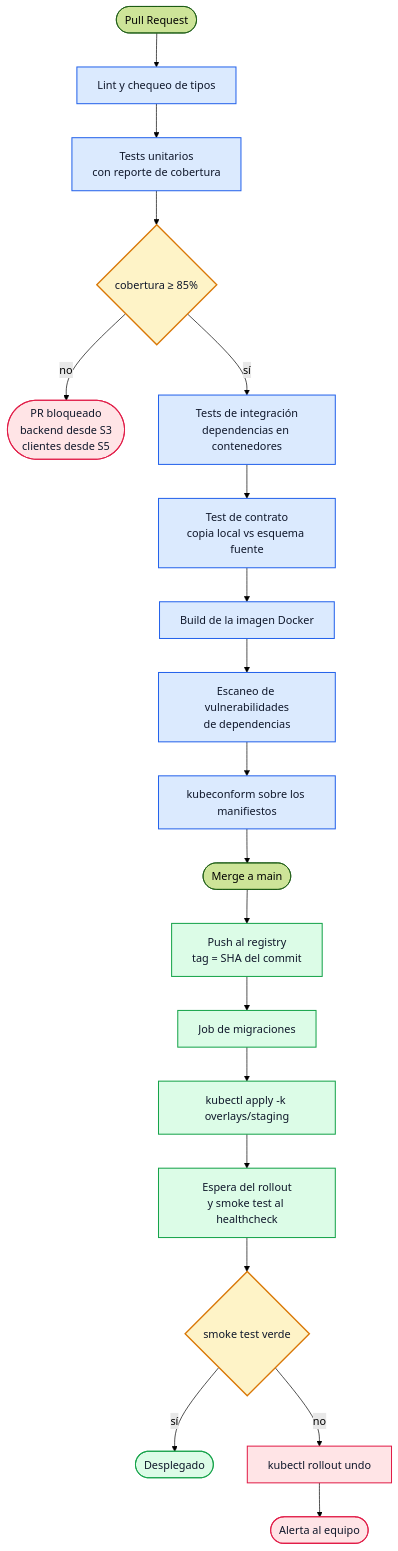
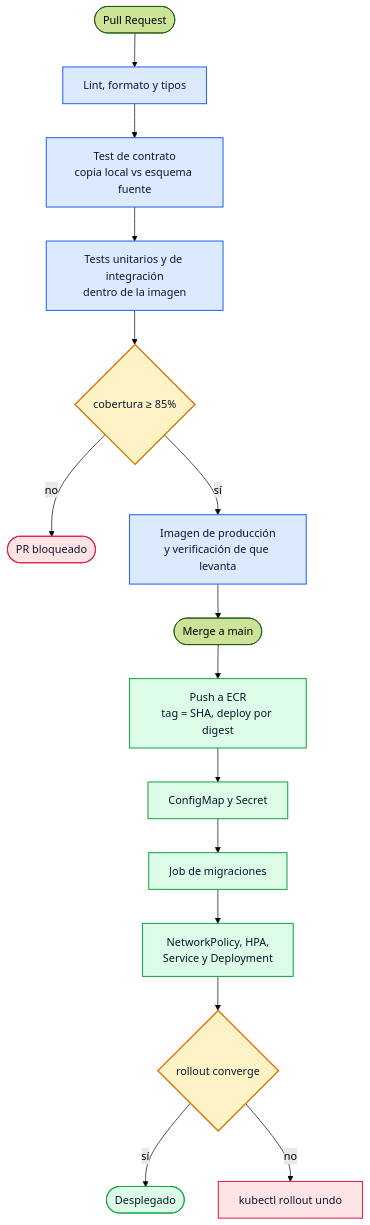
Before and after one commit to tds-g3-2s2026/udesa-x-platform: the fifth of 6 diagrams in docs/ARQUITECTURA.md, drawn with Mermaid (forest theme). The commit also changed other lines of this file and 3 other files, not shown here.

````diff
--- a/docs/ARQUITECTURA.md
+++ b/docs/ARQUITECTURA.md
@@ -824,31 +804,27 @@
 ```mermaid
 flowchart TD
-    PR(["Pull Request"]) --> L["Lint y chequeo de tipos"]
-    L --> UT["Tests unitarios<br/>con reporte de cobertura"]
+    PR(["Pull Request"]) --> L["Lint, formato y tipos"]
+    L --> CT["Test de contrato<br/>copia local vs esquema fuente"]
+    CT --> UT["Tests unitarios y de integración<br/>dentro de la imagen"]
     UT --> GATE{"cobertura ≥ 85%"}
-    GATE -->|no| FAIL(["PR bloqueado<br/>backend desde S3<br/>clientes desde S5"])
-    GATE -->|sí| IT["Tests de integración<br/>dependencias en contenedores"]
-    IT --> CT["Test de contrato<br/>copia local vs esquema fuente"]
-    CT --> IMG["Build de la imagen Docker"]
-    IMG --> SCAN["Escaneo de vulnerabilidades<br/>de dependencias"]
-    SCAN --> KC["kubeconform sobre los manifiestos"]
-    KC --> MERGE(["Merge a main"])
+    GATE -->|no| FAIL(["PR bloqueado"])
+    GATE -->|sí| IMG["Imagen de producción<br/>y verificación de que levanta"]
+    IMG --> MERGE(["Merge a main"])
 
-    MERGE --> PUSH["Push al registry<br/>tag = SHA del commit"]
-    PUSH --> MIG["Job de migraciones"]
-    MIG --> APPLY["kubectl apply -k overlays/staging"]
-    APPLY --> WAIT["Espera del rollout<br/>y smoke test al healthcheck"]
-    WAIT --> SMOKE{"smoke test verde"}
-    SMOKE -->|sí| OK(["Desplegado"])
-    SMOKE -->|no| RB["kubectl rollout undo"]
-    RB --> ALERT(["Alerta al equipo"])
+    MERGE --> PUSH["Push a ECR<br/>tag = SHA, deploy por digest"]
+    PUSH --> CFG["ConfigMap y Secret"]
+    CFG --> MIG["Job de migraciones"]
+    MIG --> APPLY["NetworkPolicy, HPA,<br/>Service y Deployment"]
+    APPLY --> WAIT{"rollout converge"}
+    WAIT -->|sí| OK(["Desplegado"])
+    WAIT -->|no| RB["kubectl rollout undo"]
 
     classDef ci fill:#dbeafe,stroke:#2563eb,stroke-width:1.5px,color:#0f172a
     classDef cd fill:#dcfce7,stroke:#16a34a,stroke-width:1.5px,color:#0f172a
     classDef gate fill:#fef3c7,stroke:#d97706,stroke-width:2px,color:#0f172a
     classDef bad fill:#ffe4e6,stroke:#e11d48,stroke-width:1.5px,color:#0f172a
-    class L,UT,IT,CT,IMG,SCAN,KC ci
-    class PUSH,MIG,APPLY,WAIT,OK cd
-    class GATE,SMOKE gate
-    class FAIL,RB,ALERT bad
+    class L,CT,UT,IMG ci
+    class PUSH,CFG,MIG,APPLY,OK cd
+    class GATE,WAIT gate
+    class FAIL,RB bad
 ```
````
